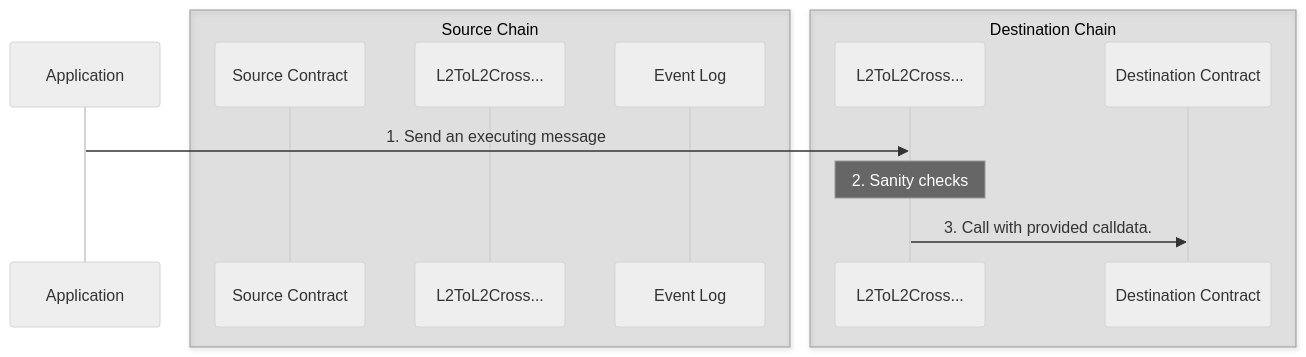
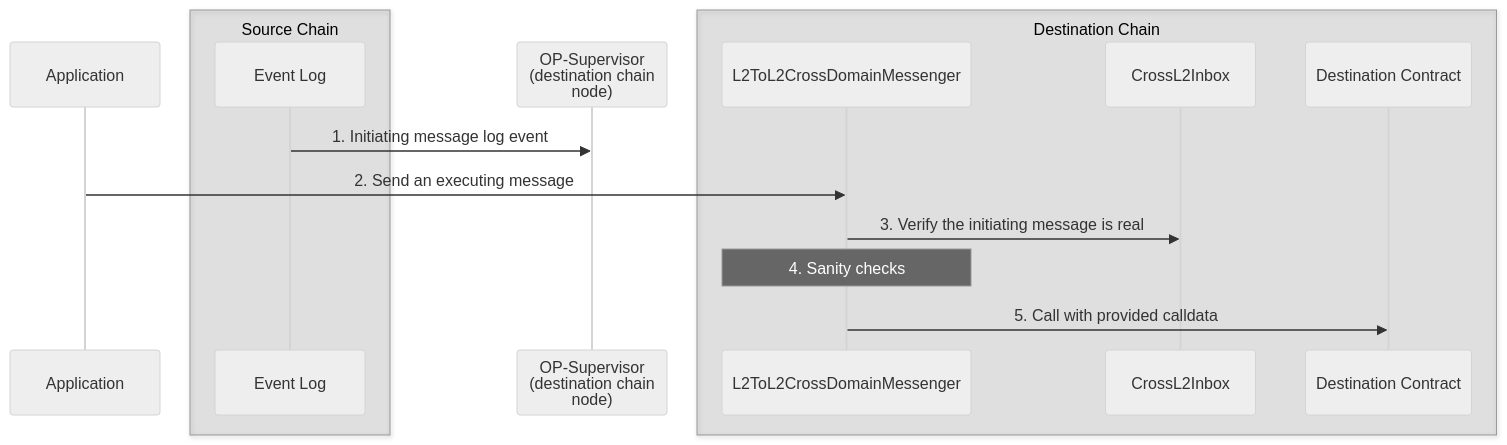
The second of 2 diagrams in pages/stack/interop/message-passing.mdx (ethereum-optimism/docs), drawn with Mermaid (neutral theme) before and after one commit. The commit also changed other lines of this file, not shown here.

````diff
--- a/pages/stack/interop/message-passing.mdx
+++ b/pages/stack/interop/message-passing.mdx
@@ -60,17 +65,19 @@
 ```mermaid
 
 sequenceDiagram
     participant app as Application
     box rgba(0,0,0,0.1) Source Chain
-      participant srcContract as Source Contract
-      participant srcXdom as L2ToL2Cross...
       participant log as Event Log
-    end
+    end    
+    participant super as OP-Supervisor<br/>(destination chain<br/>node)
     box rgba(0,0,0,0.1) Destination Chain
-      participant dstXdom as L2ToL2Cross...
+      participant dstXdom as L2ToL2CrossDomainMessenger
+      participant Xinbox as CrossL2Inbox
       participant dstContract as Destination Contract
     end
-    app->>dstXdom: 1. Send an executing message
-    note over dstXdom: 2. Sanity checks
-    dstXdom->>dstContract: 3. Call with provided calldata.
+    log->>super: 1. Initiating message log event
+    app->>dstXdom: 2. Send an executing message
+    dstXdom->>Xinbox: 3. Verify the initiating message is real 
+    note over dstXdom: 4. Sanity checks
+    dstXdom->>dstContract: 5. Call with provided calldata
 ```
````
